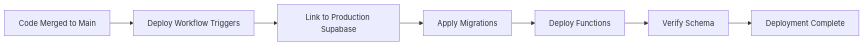
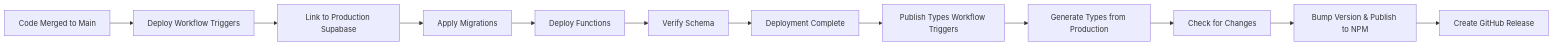
The diagram in docs/ci-cd-pipeline.md (Every-Language/everylanguage-backend), drawn with Mermaid before and after one commit. The commit also changed other lines of this file and 13 other files, not shown here.

First line of the commit message:
feat: add test table for NPM package publishing workflow

````diff
--- a/docs/ci-cd-pipeline.md
+++ b/docs/ci-cd-pipeline.md
@@ -81,9 +115,14 @@
 ```mermaid
 graph LR
     A[Code Merged to Main] --> B[Deploy Workflow Triggers]
     B --> C[Link to Production Supabase]
     C --> D[Apply Migrations]
     D --> E[Deploy Functions]
     E --> F[Verify Schema]
     F --> G[Deployment Complete]
+    G --> H[Publish Types Workflow Triggers]
+    H --> I[Generate Types from Production]
+    I --> J[Check for Changes]
+    J --> K[Bump Version & Publish to NPM]
+    K --> L[Create GitHub Release]
 ```
````
